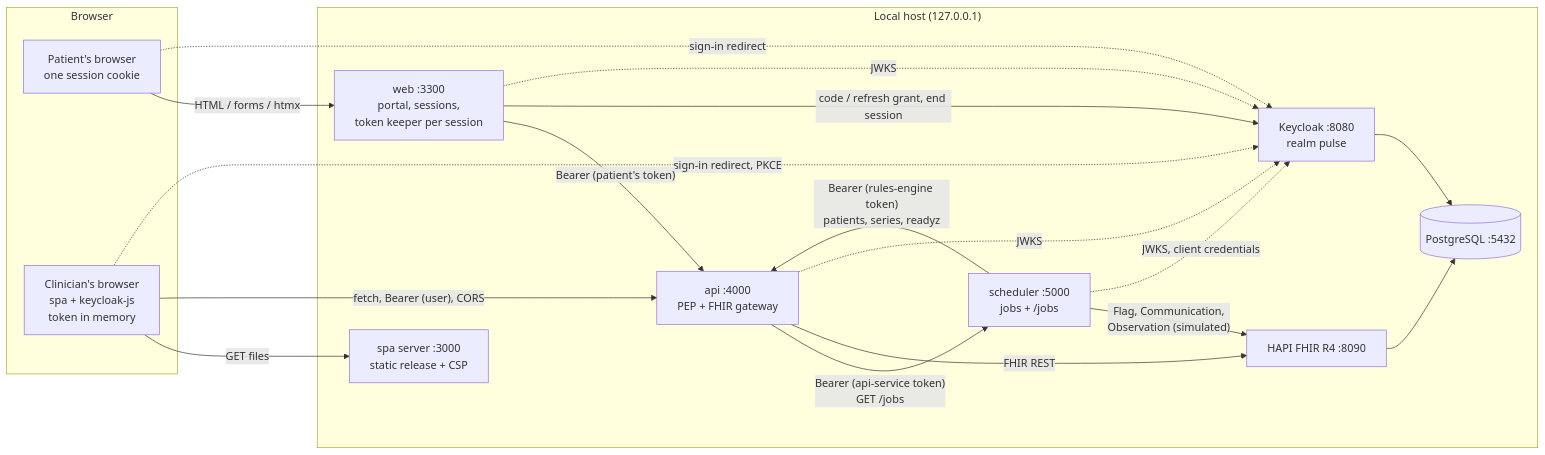
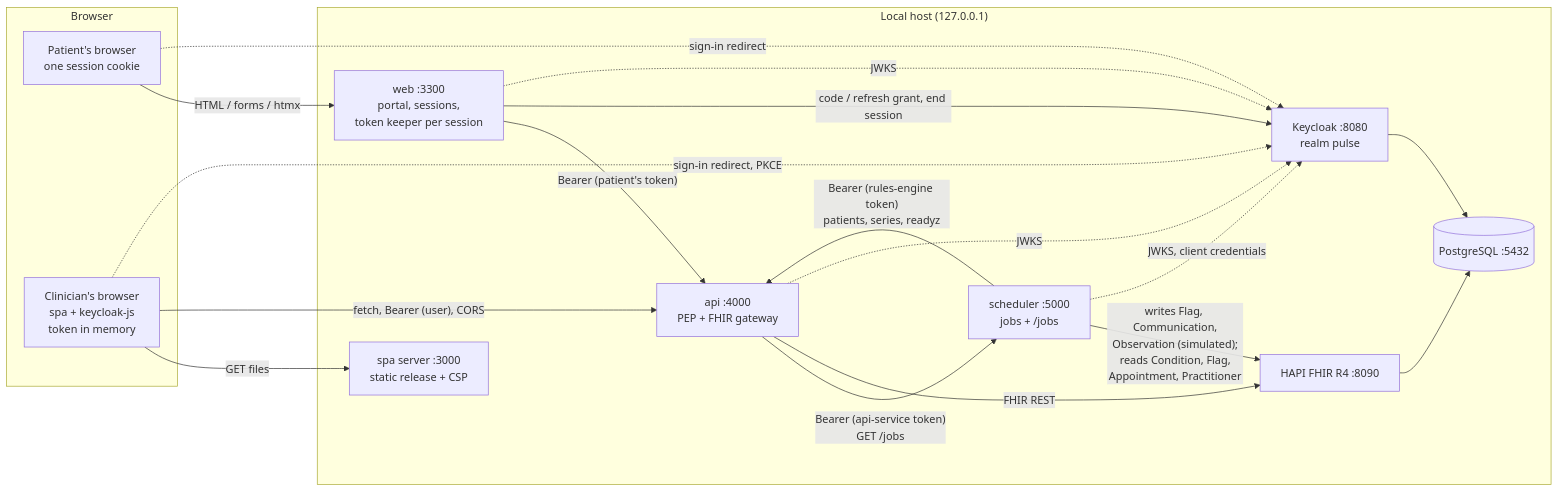
Before and after one commit to hannmtz-85/clj-pulse: the first of 3 diagrams in docs/technical/architecture.md, drawn with Mermaid. The commit also changed other lines of this file and 6 other files, not shown here.

````diff
--- a/docs/technical/architecture.md
+++ b/docs/technical/architecture.md
@@ -30,35 +30,35 @@
 ```mermaid
 flowchart LR
   subgraph Browser
     P[Patient's browser<br/>one session cookie]
     C[Clinician's browser<br/>spa + keycloak-js<br/>token in memory]
   end
 
   subgraph Host["Local host (127.0.0.1)"]
     WEB[web :3300<br/>portal, sessions,<br/>token keeper per session]
     SPA[spa server :3000<br/>static release + CSP]
     API[api :4000<br/>PEP + FHIR gateway]
     SCH[scheduler :5000<br/>jobs + /jobs]
     KC[Keycloak :8080<br/>realm pulse]
     HAPI[HAPI FHIR R4 :8090]
     PG[(PostgreSQL :5432)]
   end
 
   P -- HTML / forms / htmx --> WEB
   C -- GET files --> SPA
   C -- "fetch, Bearer (user), CORS" --> API
   P -. sign-in redirect .-> KC
   C -. sign-in redirect, PKCE .-> KC
 
   WEB -- "Bearer (patient's token)" --> API
   WEB -- "code / refresh grant, end session" --> KC
   SCH -- "Bearer (rules-engine token)<br/>patients, series, readyz" --> API
   API -- "Bearer (api-service token)<br/>GET /jobs" --> SCH
-  SCH -- "Flag, Communication,<br/>Observation (simulated)" --> HAPI
+  SCH -- "writes Flag, Communication,<br/>Observation (simulated);<br/>reads Condition, Flag,<br/>Appointment, Practitioner" --> HAPI
   API -- FHIR REST --> HAPI
   API -. JWKS .-> KC
   WEB -. JWKS .-> KC
   SCH -. "JWKS, client credentials" .-> KC
   HAPI --> PG
   KC --> PG
 ```
````
